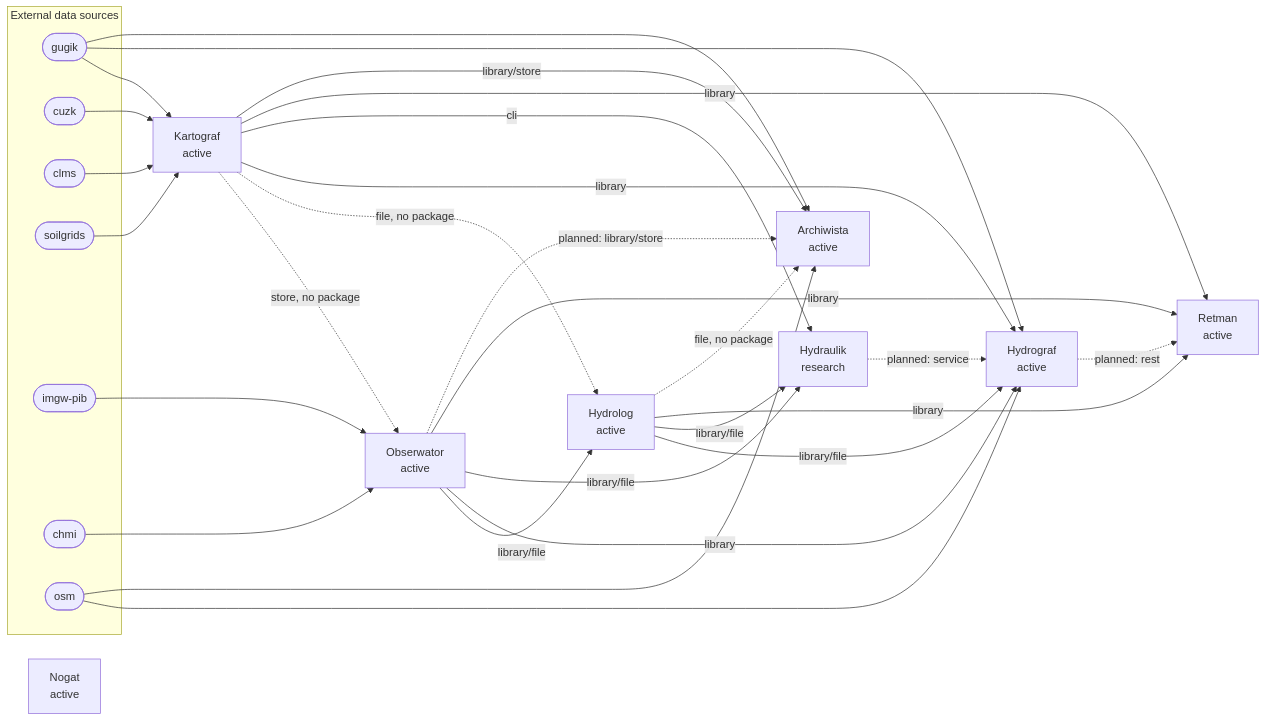
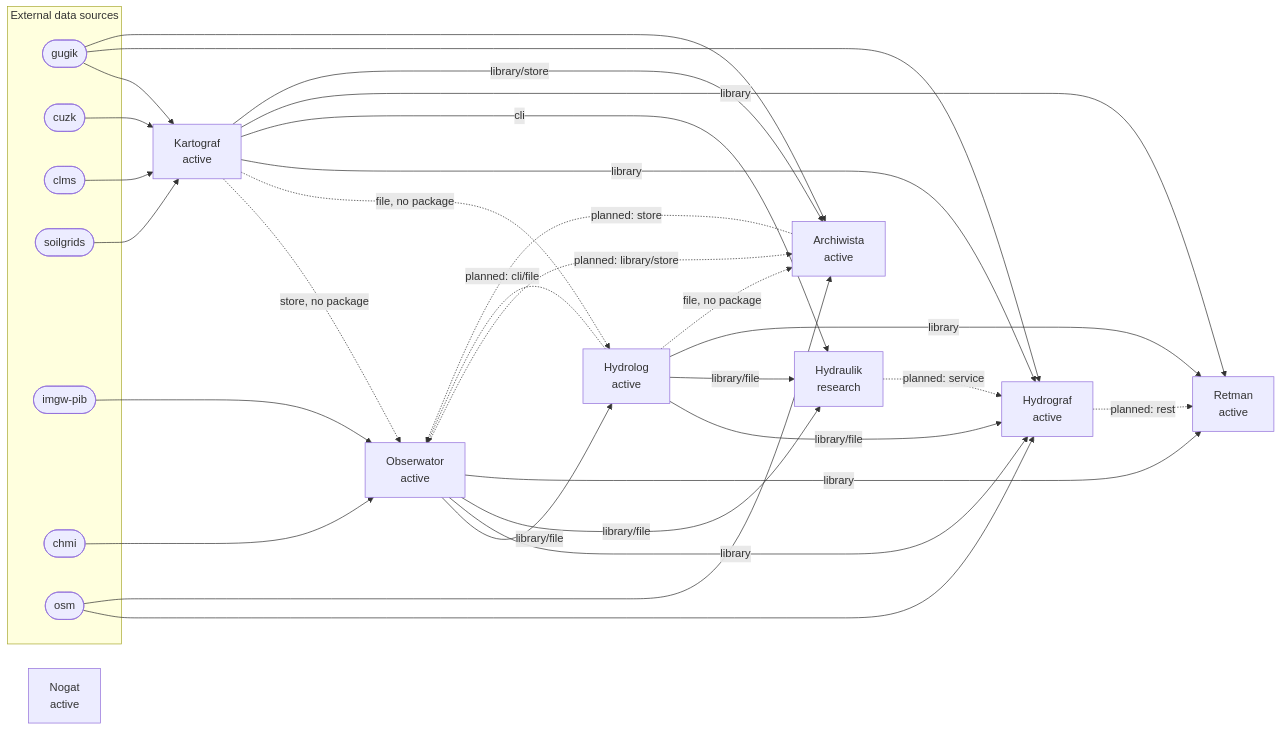
One commit to Daldek/Nogat changed the diagram in docs/ECOSYSTEM_MAP.md. Above: the diagram before and after it, drawn with Mermaid. The commit also changed other lines of this file and 6 other files, not shown here.

First line of the commit message:
docs(standard): station data: raw in Archiwista, harmonized in Obserwator, computed by Hydrolog (ECO-059)

````diff
--- a/docs/ECOSYSTEM_MAP.md
+++ b/docs/ECOSYSTEM_MAP.md
@@ -15,47 +15,49 @@
 ```mermaid
 flowchart LR
   Nogat["Nogat<br/>active"]
   Kartograf["Kartograf<br/>active"]
   Obserwator["Obserwator<br/>active"]
   Hydrolog["Hydrolog<br/>active"]
   Hydrograf["Hydrograf<br/>active"]
   Hydraulik["Hydraulik<br/>research"]
   Retman["Retman<br/>active"]
   Archiwista["Archiwista<br/>active"]
   subgraph external[External data sources]
     src_gugik(["gugik"])
     src_cuzk(["cuzk"])
     src_clms(["clms"])
     src_soilgrids(["soilgrids"])
     src_imgw_pib(["imgw-pib"])
     src_chmi(["chmi"])
     src_osm(["osm"])
   end
   src_gugik --> Kartograf
   src_cuzk --> Kartograf
   src_clms --> Kartograf
   src_soilgrids --> Kartograf
   src_imgw_pib --> Obserwator
   src_chmi --> Obserwator
   src_gugik --> Hydrograf
   src_osm --> Hydrograf
   src_gugik --> Archiwista
   src_osm --> Archiwista
   Kartograf -. store, no package .-> Obserwator
+  Archiwista -. planned: store .-> Obserwator
+  Hydrolog -. planned: cli/file .-> Obserwator
   Obserwator -- library/file --> Hydrolog
   Kartograf -. file, no package .-> Hydrolog
   Kartograf -- library --> Hydrograf
   Hydrolog -- library/file --> Hydrograf
   Obserwator -- library --> Hydrograf
   Hydraulik -. planned: service .-> Hydrograf
   Kartograf -- cli --> Hydraulik
   Obserwator -- library/file --> Hydraulik
   Hydrolog -- library/file --> Hydraulik
   Kartograf -- library --> Retman
   Obserwator -- library --> Retman
   Hydrolog -- library --> Retman
   Hydrograf -. planned: rest .-> Retman
   Kartograf -- library/store --> Archiwista
   Obserwator -. planned: library/store .-> Archiwista
   Hydrolog -. file, no package .-> Archiwista
 ```
````
